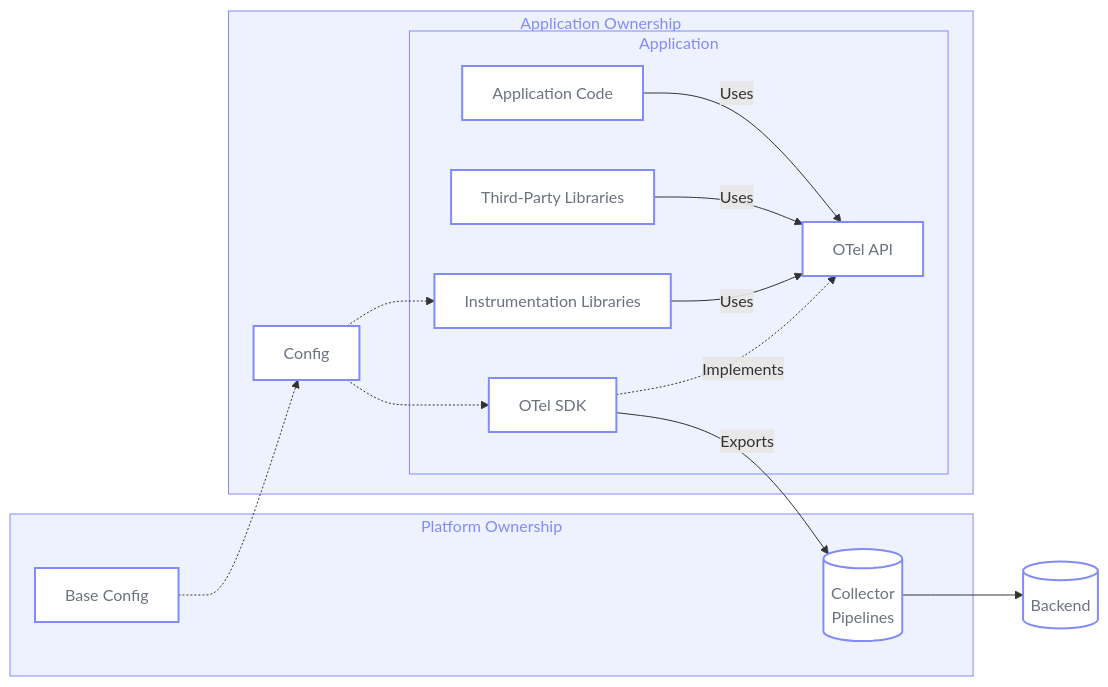
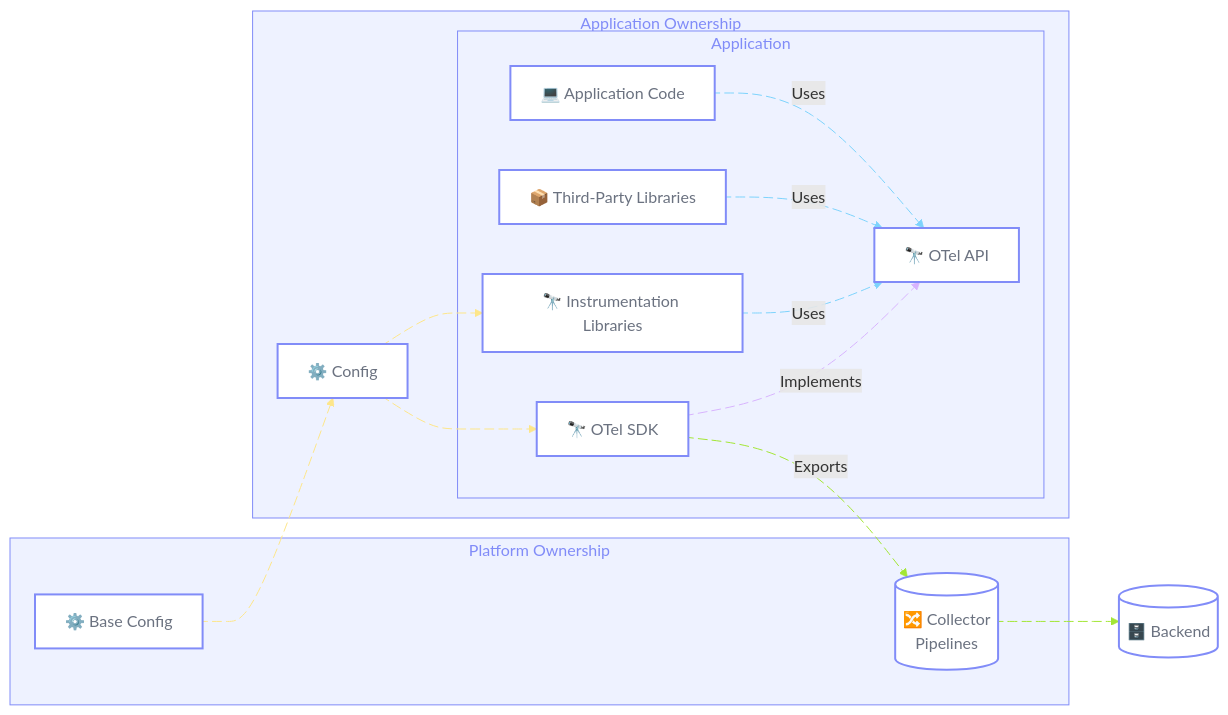
One commit to open-telemetry/opentelemetry.io changed the second of 4 diagrams in content/en/docs/guidance/blueprints/centralized-platforms.md. Above: the diagram before and after it, drawn with Mermaid. The commit also changed other lines of this file, not shown here.

Commit message:
Add diagram 2 and colour changes

````diff
--- a/content/en/docs/guidance/blueprints/centralized-platforms.md
+++ b/content/en/docs/guidance/blueprints/centralized-platforms.md
@@ -327,40 +328,57 @@
 ```mermaid
 ---
 config:
   flowchart:
     curve: basis
 ---
 flowchart LR
     subgraph User["Application Ownership"]
         Application["Application"]:::node
-        Config["Config"]:::node
+        Config["⚙️ Config"]:::node
     end
 
     subgraph Platform["Platform Ownership"]
-        Collector[("Collector<br>Pipelines")]:::node
-        BaseConfig["Base Config"]:::node
+        Collector[("🔀️ Collector<br>Pipelines")]:::node
+        BaseConfig["⚙️ Base Config"]:::node
     end
 
     subgraph Application["Application"]
-        AppCode["Application Code"]:::node
-        ThirdParty["Third-Party Libraries"]:::node
-        InstLibs["Instrumentation Libraries"]:::node
-        OTelSDK["OTel SDK"]:::node
-        OTelAPI["OTel API"]:::node
+        AppCode["💻 Application Code"]:::node
+        ThirdParty["📦 Third-Party Libraries"]:::node
+        InstLibs["🔭 Instrumentation Libraries"]:::node
+        OTelSDK["🔭 OTel SDK"]:::node
+        OTelAPI["🔭 OTel API"]:::node
     end
 
-    AppCode -- Uses --> OTelAPI
-    ThirdParty -- Uses --> OTelAPI
-    InstLibs -- Uses --> OTelAPI
-    OTelSDK -. Implements .-> OTelAPI
+    Sink[("🗄️ Backend")]:::node
 
-    Config -.-> InstLibs & OTelSDK
-    OTelSDK -- Exports --> Collector
-    Collector --> Sink[("Backend")]:::node
-    BaseConfig -.-> Config
+    AppCode L_AppCode_API@-- Uses --> OTelAPI
+    ThirdParty L_ThirdParty_API@-- Uses --> OTelAPI
+    InstLibs L_InstLibs_API@-- Uses --> OTelAPI
+    OTelSDK L_SDK_API@-. Implements .-> OTelAPI
+
+    Config L_Config_InstLibs@-.-> InstLibs
+    Config L_Config_SDK@-.-> OTelSDK
+    OTelSDK L_SDK_Collector@-- Exports --> Collector
+    Collector L_Collector_Sink@--> Sink
+    BaseConfig L_BaseConfig_Config@-.-> Config
 
     classDef node fill:#ffffff, stroke:#818cf8, stroke-width:2px, color:#6b7280
     style User fill:#eef2ff, stroke:#818cf8, stroke-width:1px, color:#818cf8
     style Platform fill:#eef2ff, stroke:#818cf8, stroke-width:1px, color:#818cf8
     style Application fill:#eef2ff, stroke:#818cf8, stroke-width:1px, color:#818cf8
+    linkStyle 0,1,2 stroke:#7dd3fc, fill:none
+    linkStyle 3 stroke:#d8b4fe, fill:none
+    linkStyle 4,5,8 stroke:#fde68a, fill:none
+    linkStyle 6,7 stroke:#a3e635, fill:none
+
+    L_AppCode_API@{ animation: fast }
+    L_ThirdParty_API@{ animation: fast }
+    L_InstLibs_API@{ animation: fast }
+    L_SDK_API@{ animation: slow }
+    L_Config_InstLibs@{ animation: slow }
+    L_Config_SDK@{ animation: slow }
+    L_SDK_Collector@{ animation: fast }
+    L_Collector_Sink@{ animation: fast }
+    L_BaseConfig_Config@{ animation: slow }
 ```
````
